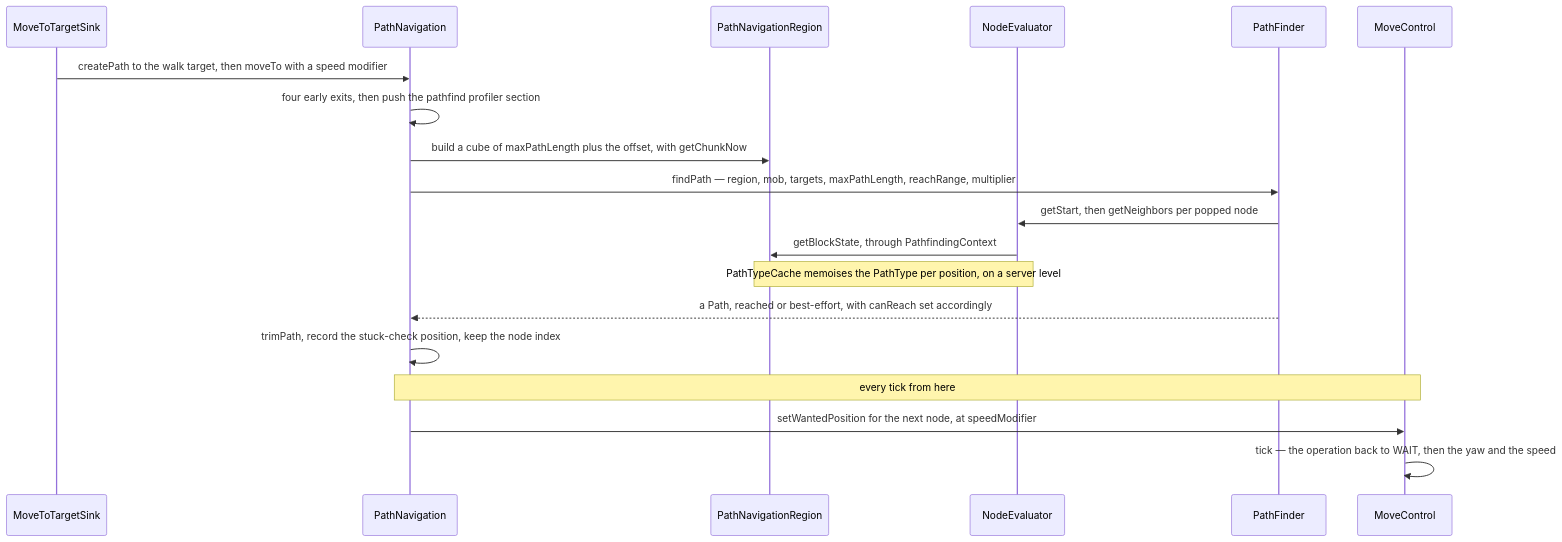
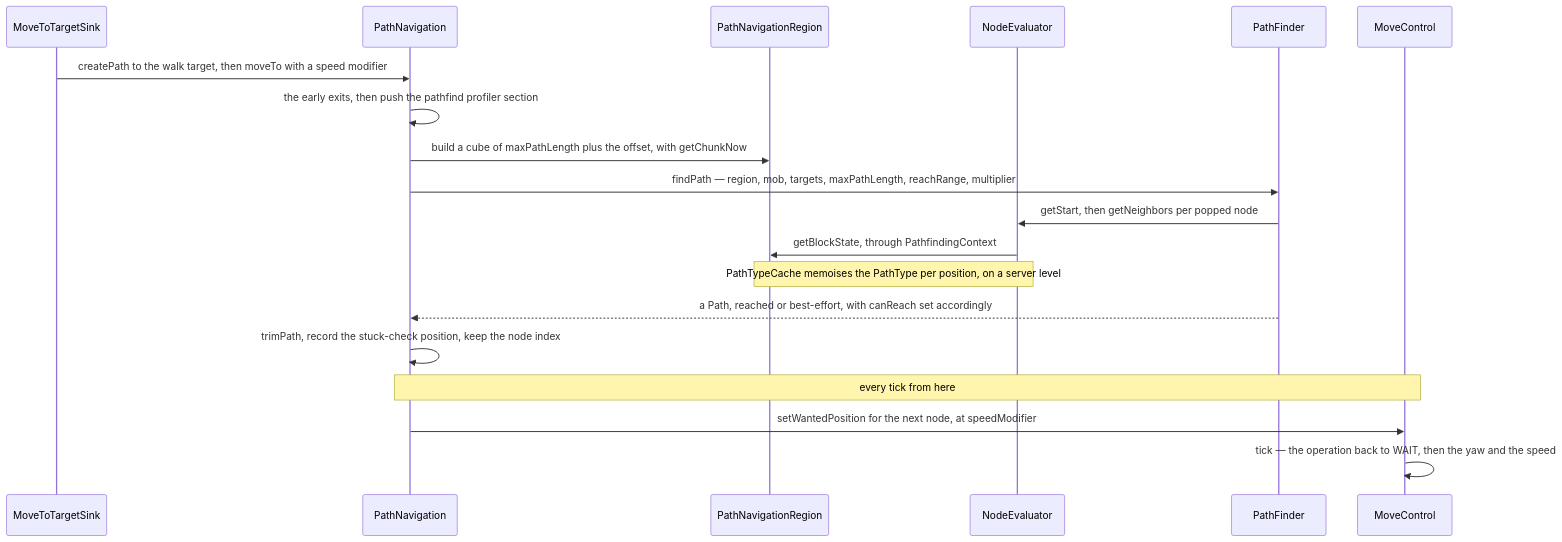
One commit to AlexanderjFraser/MinecraftDocs changed the second of 2 diagrams in src/systems/entities/pathfinding.md. Above: the diagram before and after it, drawn with Mermaid. The commit also changed other lines of this file and 21 other files, not shown here.

````diff
--- a/src/systems/entities/pathfinding.md
+++ b/src/systems/entities/pathfinding.md
@@ -205,22 +213,22 @@
 ```mermaid
 sequenceDiagram
     participant MTS as MoveToTargetSink
     participant PN as PathNavigation
     participant PNR as PathNavigationRegion
     participant NE as NodeEvaluator
     participant PF as PathFinder
     participant MoveC as MoveControl
 
     MTS->>PN: createPath to the walk target, then moveTo with a speed modifier
-    PN->>PN: four early exits, then push the pathfind profiler section
+    PN->>PN: the early exits, then push the pathfind profiler section
     PN->>PNR: build a cube of maxPathLength plus the offset, with getChunkNow
     PN->>PF: findPath — region, mob, targets, maxPathLength, reachRange, multiplier
     PF->>NE: getStart, then getNeighbors per popped node
     NE->>PNR: getBlockState, through PathfindingContext
     Note over NE,PNR: PathTypeCache memoises the PathType per position, on a server level
     PF-->>PN: a Path, reached or best-effort, with canReach set accordingly
     PN->>PN: trimPath, record the stuck-check position, keep the node index
     Note over PN,MoveC: every tick from here
     PN->>MoveC: setWantedPosition for the next node, at speedModifier
     MoveC->>MoveC: tick — the operation back to WAIT, then the yaw and the speed
 ```
````
